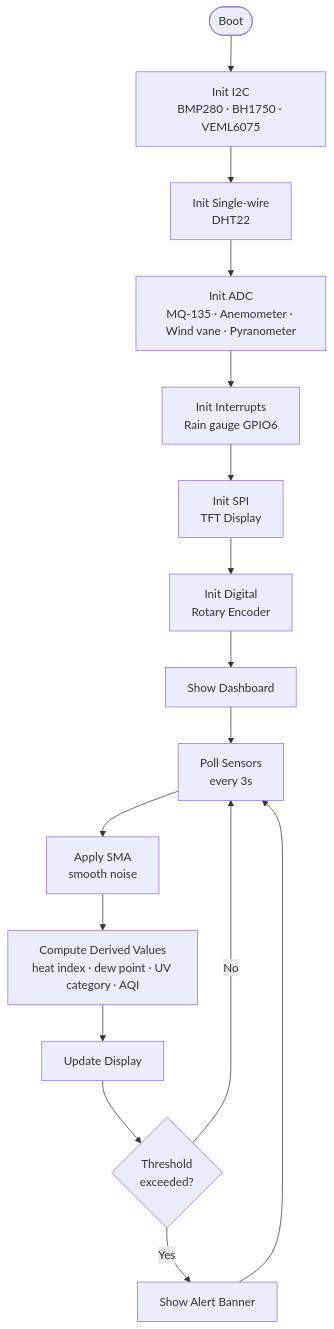
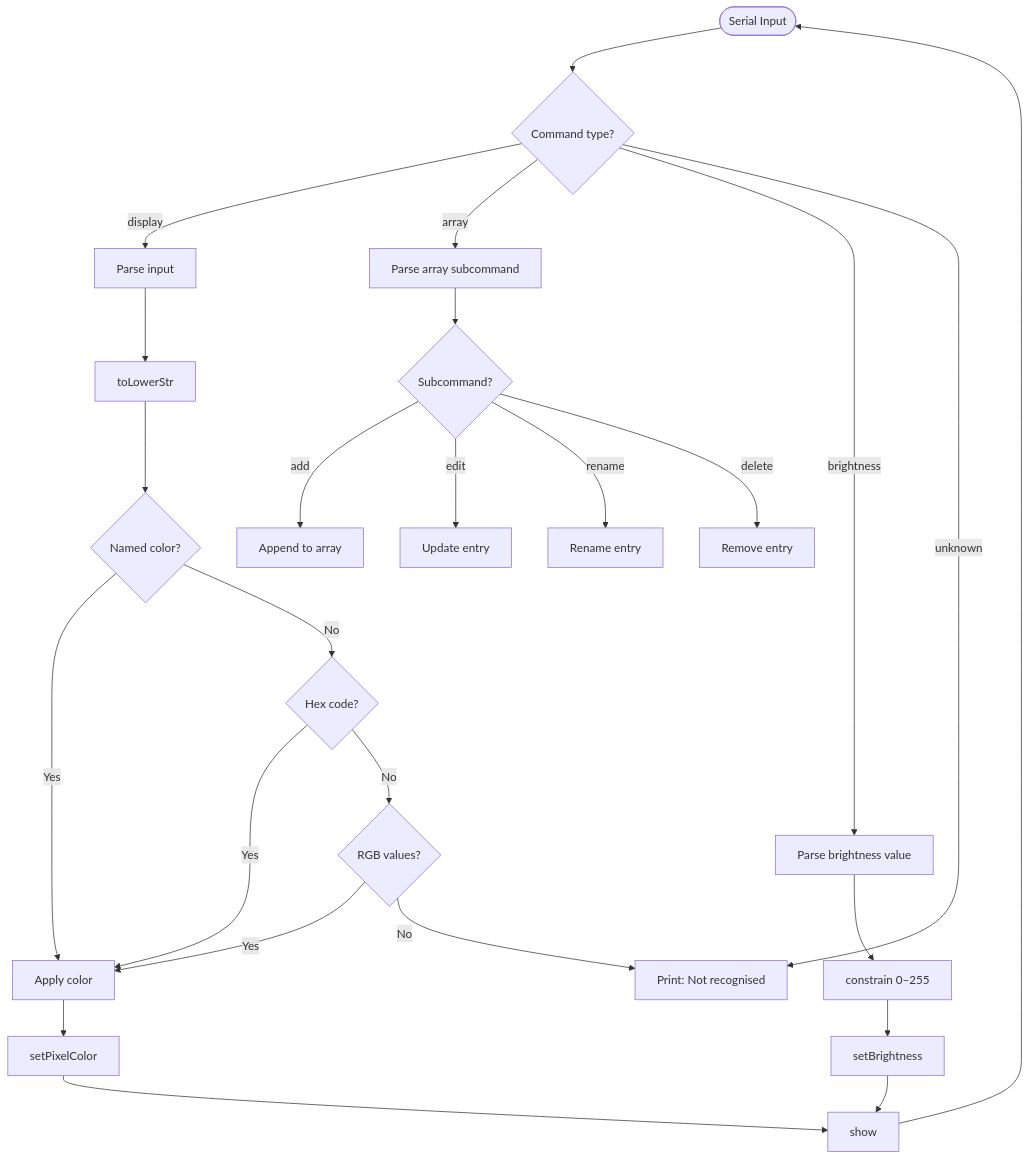
One commit to dmach7/Light-Control-Engine changed the third of 3 diagrams in README.md. Above: the diagram before and after it, drawn with Mermaid. The commit also changed other lines of this file, not shown here.

````diff
--- a/README.md
+++ b/README.md
@@ -218,19 +212,31 @@
 ```mermaid
 flowchart TD
-    A([Boot]) --> B[Init I2C\nBMP280 · BH1750 · VEML6075]
-    B --> C[Init Single-wire\nDHT22]
-    C --> D[Init ADC\nMQ-135 · Anemometer · Wind vane · Pyranometer]
-    D --> E[Init Interrupts\nRain gauge GPIO6]
-    E --> F[Init SPI\nTFT Display]
-    F --> G[Init Digital\nRotary Encoder]
-    G --> H[Show Dashboard]
+    A([Serial Input]) --> B{Command type?}
+    B -->|display| C[Parse input]
+    B -->|array| D[Parse array subcommand]
+    B -->|brightness| E[Parse brightness value]
+    B -->|unknown| F[Print: Not recognised]
 
-    H --> I[Poll Sensors\nevery 3s]
-    I --> J[Apply SMA\nsmooth noise]
-    J --> K[Compute Derived Values\nheat index · dew point · UV category · AQI]
-    K --> L[Update Display]
-    L --> M{Threshold\nexceeded?}
-    M -->|Yes| N[Show Alert Banner]
-    M -->|No| I
-    N --> I
+    C --> G[toLowerStr]
+    G --> H{Named color?}
+    H -->|Yes| L[Apply color]
+    H -->|No| I{Hex code?}
+    I -->|Yes| L
+    I -->|No| J{RGB values?}
+    J -->|Yes| L
+    J -->|No| F
+
+    D --> K{Subcommand?}
+    K -->|add| M[Append to array]
+    K -->|edit| N[Update entry]
+    K -->|rename| O[Rename entry]
+    K -->|delete| P[Remove entry]
+
+    E --> Q[constrain 0–255]
+    Q --> R[setBrightness]
+    R --> S[show]
+
+    L --> T[setPixelColor]
+    T --> S
+    S --> A
 ```
````
